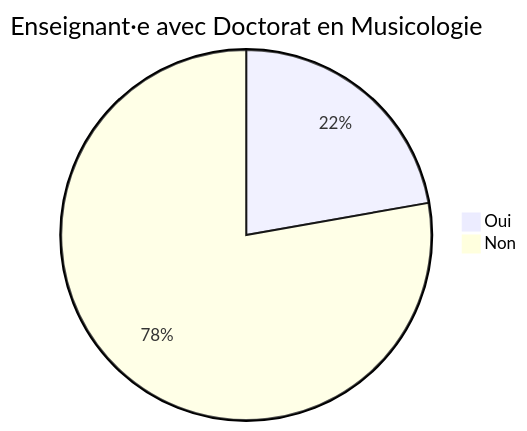
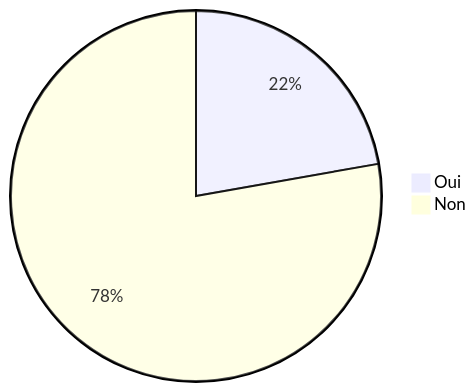
One commit to GusBraud/earlymuse changed the second of 3 diagrams in conservatoire_survey.md. Above: the diagram before and after it, drawn with Mermaid. The commit also changed other lines of this file, not shown here.

````diff
--- a/conservatoire_survey.md
+++ b/conservatoire_survey.md
@@ -14,6 +13,5 @@
 ```mermaid
 pie
-    title Enseignant·e avec Doctorat en Musicologie
     "Oui": 2
     "Non": 7
 ```
````
